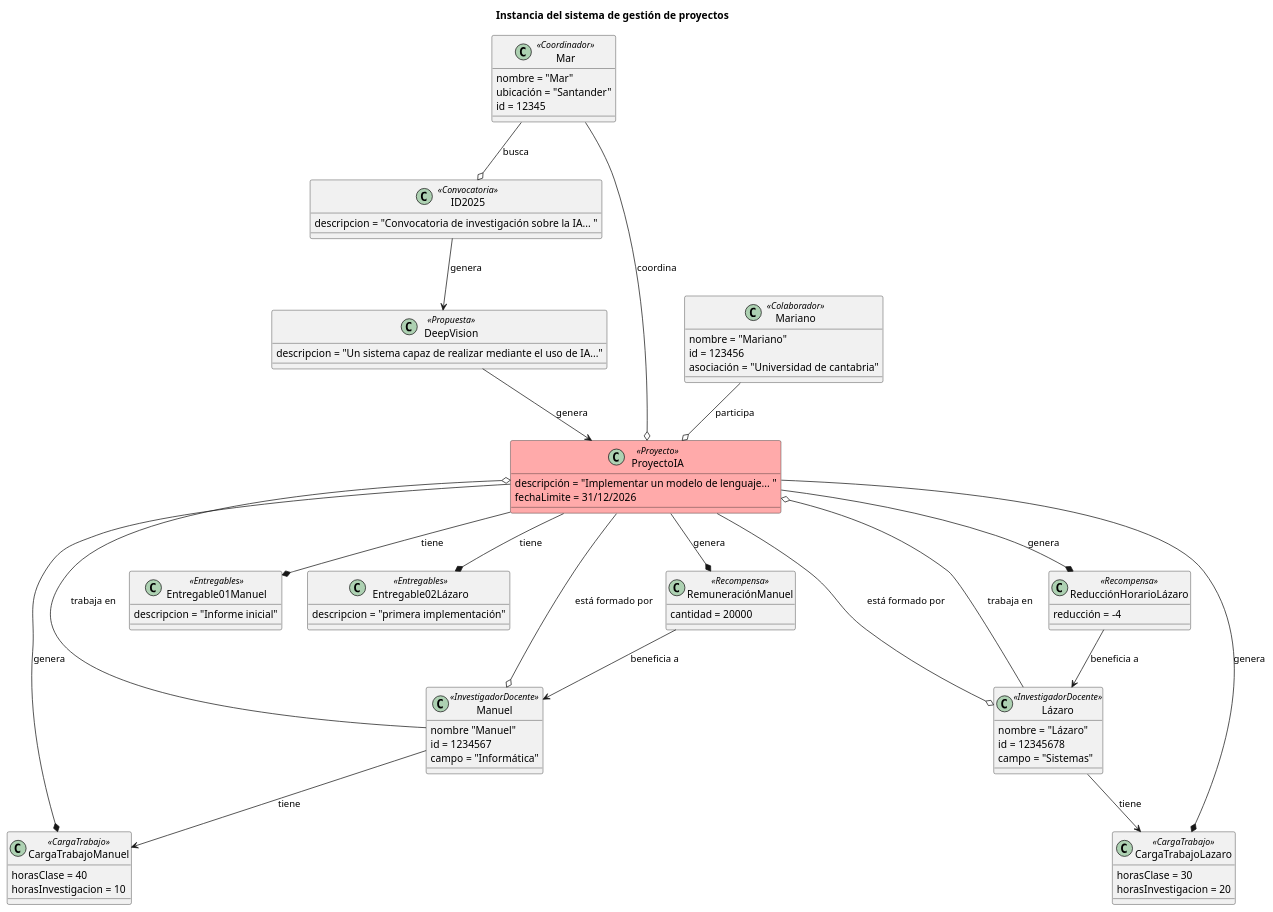
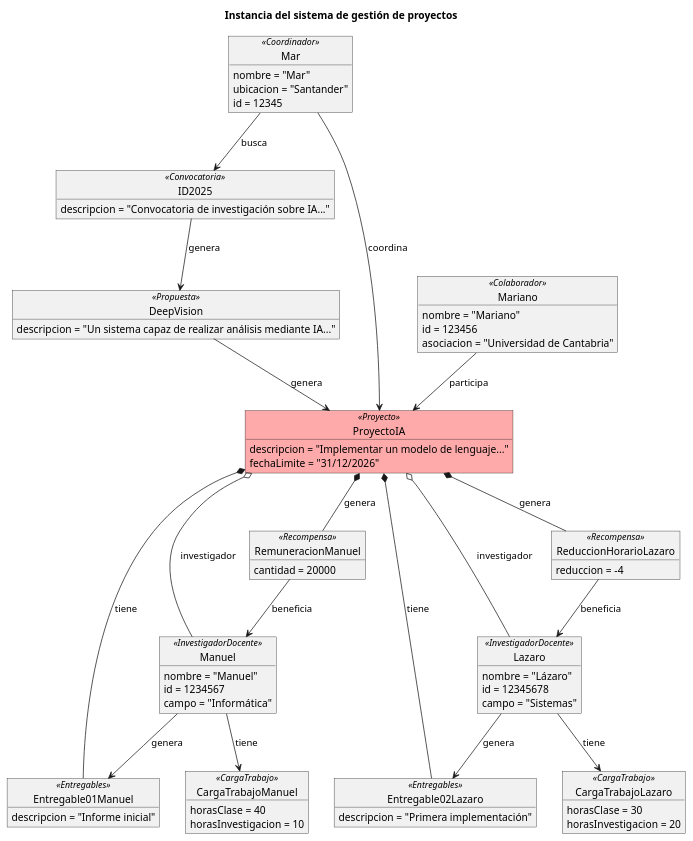
One commit to 31Diego/25-26-IdSw1-SdR changed the diagram in documentación/ModeloDelDominio/Diagramas/Objetos/DiagramaObjetosProyecto.puml. Above: the diagram before and after it, drawn with PlantUML. The commit also changed 10 other files, not shown here.

Commit message:
corrección errores en las relaciones de los diagramas

```diff
--- a/documentación/ModeloDelDominio/Diagramas/Objetos/DiagramaObjetosProyecto.puml
+++ b/documentación/ModeloDelDominio/Diagramas/Objetos/DiagramaObjetosProyecto.puml
@@ -1,105 +1,95 @@
-@startuml 
+@startuml
 
-title: Instancia del sistema de gestión de proyectos 
+title Instancia del sistema de gestión de proyectos
 
-
-class ID2025 <<Convocatoria>> {
-    descripcion = "Convocatoria de investigación sobre la IA... "
+object ID2025 <<Convocatoria>> {
+    descripcion = "Convocatoria de investigación sobre IA..."
 }
 
-
-class DeepVision <<Propuesta>> {
-    descripcion = "Un sistema capaz de realizar mediante el uso de IA..."
+object DeepVision <<Propuesta>> {
+    descripcion = "Un sistema capaz de realizar análisis mediante IA..."
 }
 
-
-class ProyectoIA <<Proyecto>> #FFAAAA{
-    descripción = "Implementar un modelo de lenguaje... "
-    fechaLimite = 31/12/2026
+object ProyectoIA <<Proyecto>> #FFAAAA {
+    descripcion = "Implementar un modelo de lenguaje..."
+    fechaLimite = "31/12/2026"
 }
 
-
-class Manuel <<InvestigadorDocente>> {
-    nombre "Manuel"
+object Manuel <<InvestigadorDocente>> {
+    nombre = "Manuel"
     id = 1234567
     campo = "Informática"
 }
 
-class Lázaro <<InvestigadorDocente>> {
+object Lazaro <<InvestigadorDocente>> {
     nombre = "Lázaro"
     id = 12345678
     campo = "Sistemas"
 }
 
-class Mar <<Coordinador>> {
+object Mar <<Coordinador>> {
     nombre = "Mar"
-    ubicación = "Santander"
+    ubicacion = "Santander"
     id = 12345
 }
 
-class Mariano <<Colaborador>> {
+object Mariano <<Colaborador>> {
     nombre = "Mariano"
     id = 123456
-    asociación = "Universidad de cantabria"
+    asociacion = "Universidad de Cantabria"
 }
 
-
-class Entregable01Manuel <<Entregables>> {
+object Entregable01Manuel <<Entregables>> {
     descripcion = "Informe inicial"
 }
 
-class Entregable02Lázaro <<Entregables>> {
-    descripcion = "primera implementación"
+object Entregable02Lazaro <<Entregables>> {
+    descripcion = "Primera implementación"
 }
 
-
-class RemuneraciónManuel <<Recompensa>> {
+object RemuneracionManuel <<Recompensa>> {
     cantidad = 20000
 }
 
-class ReducciónHorarioLázaro <<Recompensa>>{
-    reducción = -4
+object ReduccionHorarioLazaro <<Recompensa>> {
+    reduccion = -4
 }
 
-class CargaTrabajoManuel <<CargaTrabajo>>{
+object CargaTrabajoManuel <<CargaTrabajo>> {
     horasClase = 40
     horasInvestigacion = 10
 }
 
-class CargaTrabajoLazaro <<CargaTrabajo>>{
+object CargaTrabajoLazaro <<CargaTrabajo>> {
     horasClase = 30
     horasInvestigacion = 20
 }
 
+'--- Relaciones ---
 
 ID2025 --> DeepVision : genera
 DeepVision --> ProyectoIA : genera
 
+ProyectoIA o-- Manuel : investigador
+ProyectoIA o-- Lazaro : investigador
 
-ProyectoIA --o Manuel : está formado por
-ProyectoIA --o Lázaro : está formado por
-ProyectoIA --* Entregable01Manuel : tiene
-ProyectoIA --* RemuneraciónManuel: genera
-ProyectoIA --* ReducciónHorarioLázaro: genera
-ProyectoIA --* Entregable02Lázaro: tiene
-ProyectoIA --* CargaTrabajoLazaro: genera
-ProyectoIA --* CargaTrabajoManuel: genera
+ProyectoIA *-- Entregable01Manuel : tiene
+ProyectoIA *-- Entregable02Lazaro : tiene
 
+ProyectoIA *-- RemuneracionManuel : genera
+ProyectoIA *-- ReduccionHorarioLazaro : genera
 
-Mar --o ProyectoIA : coordina
-Mar --o ID2025 : busca
+Mar --> ProyectoIA : coordina
+Mar --> ID2025 : busca
 
-Mariano --o ProyectoIA : participa
+Mariano --> ProyectoIA : participa
 
+Manuel --> CargaTrabajoManuel : tiene
+Manuel --> Entregable01Manuel : genera
+Lazaro --> CargaTrabajoLazaro : tiene
+Lazaro --> Entregable02Lazaro : genera
 
-
-Manuel --o ProyectoIA : trabaja en
-Lázaro --o ProyectoIA : trabaja en
-Manuel --> CargaTrabajoManuel: tiene
-Lázaro --> CargaTrabajoLazaro: tiene
-
-
-RemuneraciónManuel --> Manuel: beneficia a
-ReducciónHorarioLázaro --> Lázaro: beneficia a
+RemuneracionManuel --> Manuel : beneficia
+ReduccionHorarioLazaro --> Lazaro : beneficia
 
 @enduml
```
